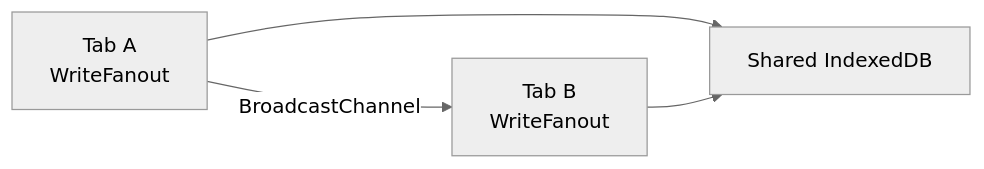
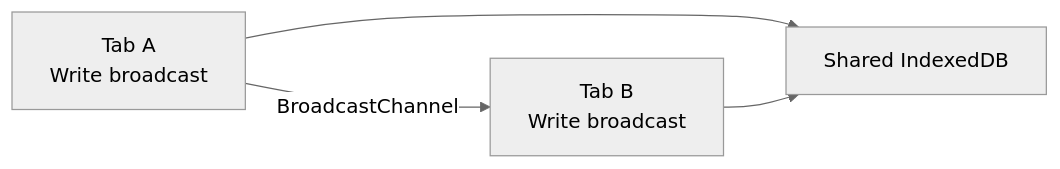
Before and after one commit to robelest/convex-embedded: the fourth of 5 diagrams in docs/src/routes/concepts/architecture/+page.md, drawn with Mermaid (neutral theme). The commit also changed other lines of this file and 368 other files, not shown here.

````diff
--- a/docs/src/routes/concepts/architecture/+page.md
+++ b/docs/src/routes/concepts/architecture/+page.md
@@ -73,6 +93,6 @@
 ```mermaid
 flowchart LR
-    A["Tab A<br/>WriteFanout"] -- "BroadcastChannel" --> B["Tab B<br/>WriteFanout"]
+    A["Tab A<br/>Write broadcast"] -- "BroadcastChannel" --> B["Tab B<br/>Write broadcast"]
     A --> IDB["Shared IndexedDB"]
     B --> IDB
 ```
````
